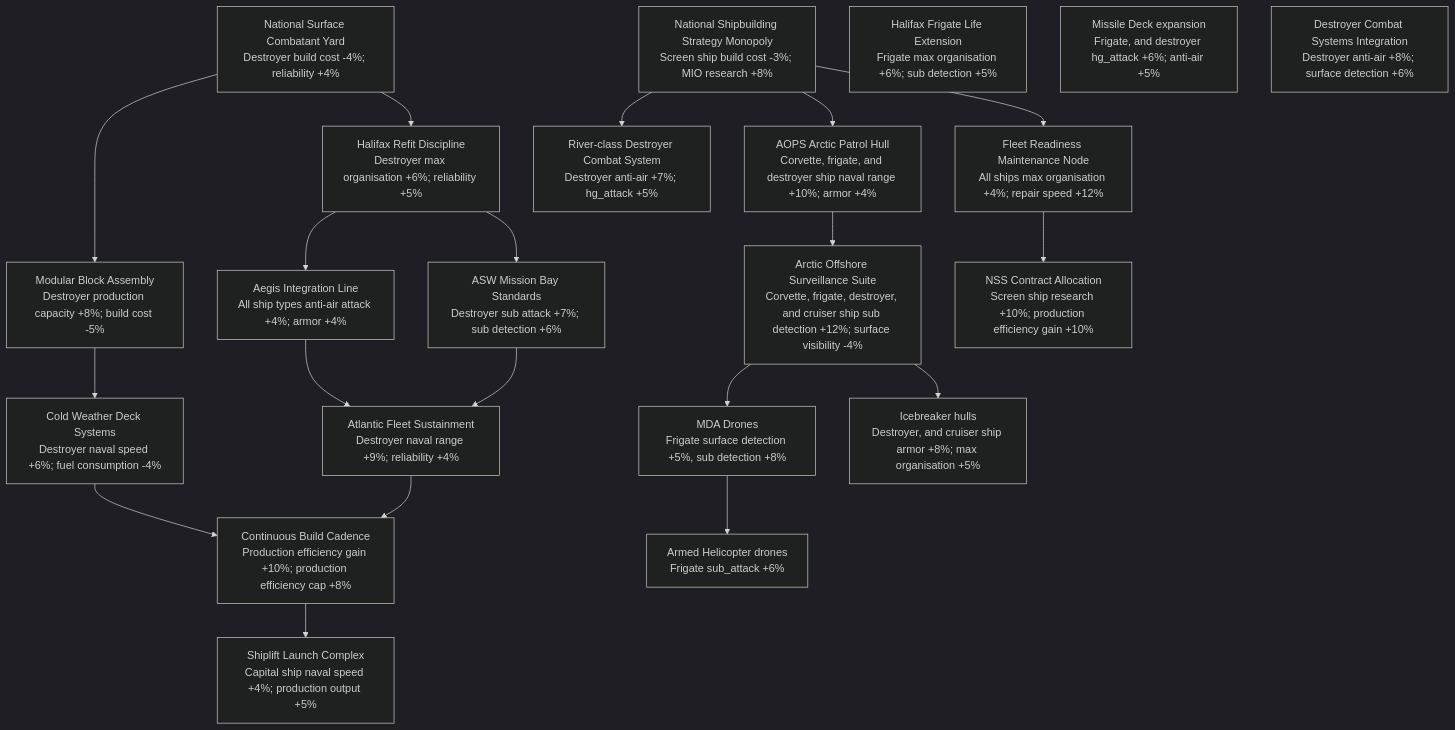
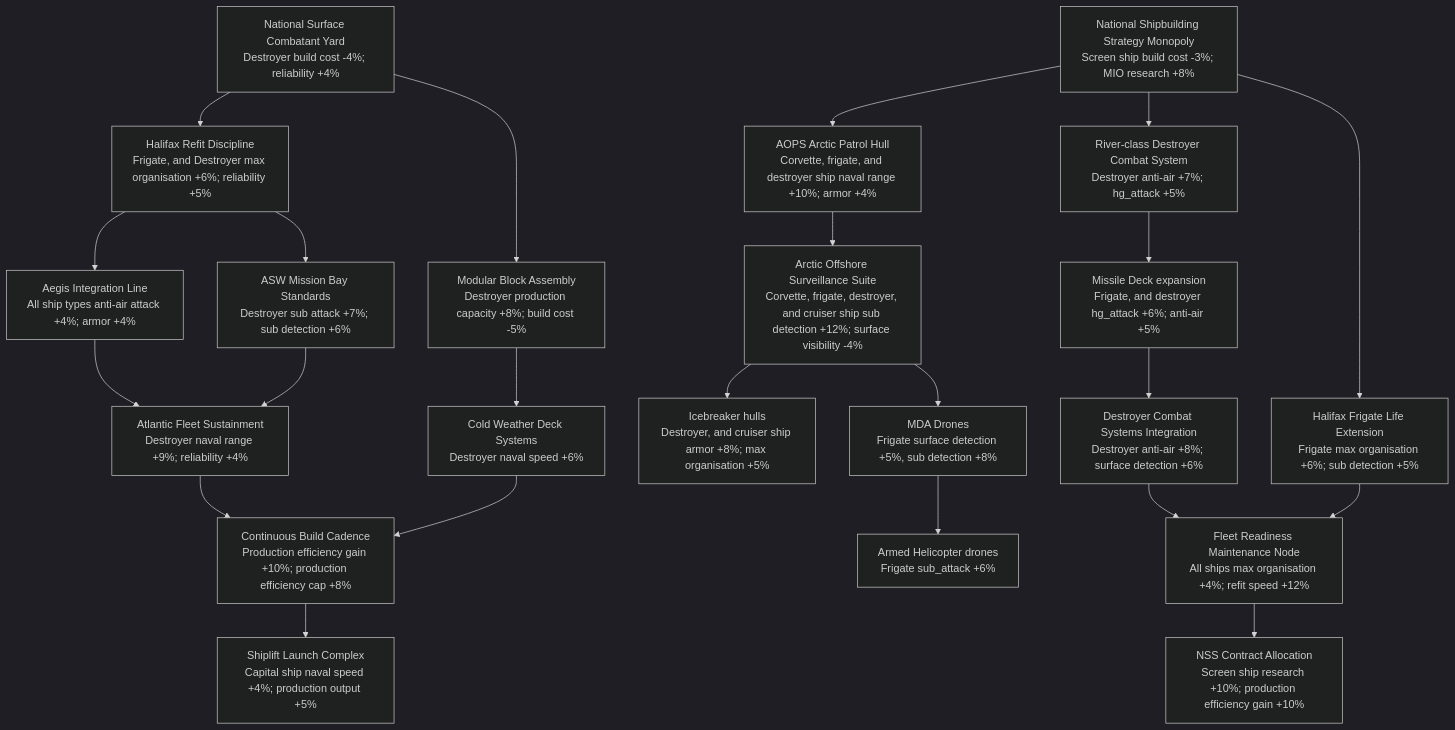
The fifth of 9 diagrams in docs/countries/canada/mio.md (MillenniumDawn/Millennium-Dawn), drawn with Mermaid (dark theme) before and after one commit. The commit also changed other lines of this file and 12 other files, not shown here.

````diff
--- a/docs/countries/canada/mio.md
+++ b/docs/countries/canada/mio.md
@@ -189,46 +189,54 @@
 ```mermaid
 flowchart TD
+    %% Industrial foundation branch
     I0["National Surface Combatant Yard<br/>Destroyer build cost -4%; reliability +4%"]
-    I1["Halifax Refit Discipline<br/>Destroyer max organisation +6%; reliability +5%"]
+    I1["Halifax Refit Discipline<br/>Frigate, and Destroyer max organisation +6%; reliability +5%"]
     I2["Modular Block Assembly<br/>Destroyer production capacity +8%; build cost -5%"]
+    I5["Cold Weather Deck Systems<br/>Destroyer naval speed +6%"]
     I3["Aegis Integration Line<br/>All ship types anti-air attack +4%; armor +4%"]
     I4["ASW Mission Bay Standards<br/>Destroyer sub attack +7%; sub detection +6%"]
-    I5["Cold Weather Deck Systems<br/>Destroyer naval speed +6%; fuel consumption -4%"]
     I6["Atlantic Fleet Sustainment<br/>Destroyer naval range +9%; reliability +4%"]
     I7["Continuous Build Cadence<br/>Production efficiency gain +10%; production efficiency cap +8%"]
     I8["Shiplift Launch Complex<br/>Capital ship naval speed +4%; production output +5%"]
+
+    %% National program and contracts branch
     I9["National Shipbuilding Strategy Monopoly<br/>Screen ship build cost -3%; MIO research +8%"]
     I10["AOPS Arctic Patrol Hull<br/>Corvette, frigate, and destroyer ship naval range +10%; armor +4%"]
     I11["River-class Destroyer Combat System<br/>Destroyer anti-air +7%; hg_attack +5%"]
     I12["Halifax Frigate Life Extension<br/>Frigate max organisation +6%; sub detection +5%"]
-    I13["Arctic Offshore Surveillance Suite<br/>Corvette, frigate, destroyer, and cruiser ship sub detection +12%; surface visibility -4%"]
     I14["Missile Deck expansion<br/>Frigate, and destroyer hg_attack +6%; anti-air +5%"]
+    I18["Destroyer Combat Systems Integration<br/>Destroyer anti-air +8%; surface detection +6%"]
     I15["MDA Drones<br/>Frigate surface detection +5%, sub detection +8%"]
     I16["Armed Helicopter drones<br/>Frigate sub_attack +6%"]
+    I13["Arctic Offshore Surveillance Suite<br/>Corvette, frigate, destroyer, and cruiser ship sub detection +12%; surface visibility -4%"]
     I17["Icebreaker hulls<br/>Destroyer, and cruiser ship armor +8%; max organisation +5%"]
-    I18["Destroyer Combat Systems Integration<br/>Destroyer anti-air +8%; surface detection +6%"]
-    I19["Fleet Readiness Maintenance Node<br/>All ships max organisation +4%; repair speed +12%"]
+
+    %% Fleet readiness branch
+    I19["Fleet Readiness Maintenance Node<br/>All ships max organisation +4%; refit speed +12%"]
     I20["NSS Contract Allocation<br/>Screen ship research +10%; production efficiency gain +10%"]
 
 
     I0 --> I1
     I0 --> I2
     I1 --> I3
     I1 --> I4
     I2 --> I5
     I3 --> I6
     I4 --> I6
     I5 --> I7
     I6 --> I7
     I7 --> I8
 
     I9 --> I10
     I9 --> I11
-    I9 --> I19
-    I19 --> I20
+    I9 --> I12
     I10 --> I13
+    I11 --> I14
+    I14 --> I18
+    I12 --> I19
+    I18 --> I19
     I13 --> I17
-
     I13 --> I15
     I15 --> I16
+    I19 --> I20
 ```
````
